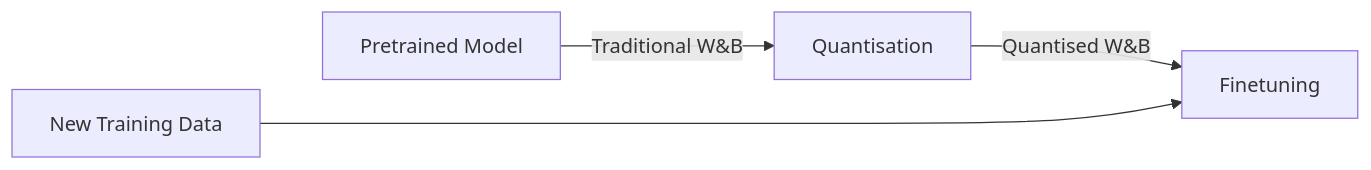
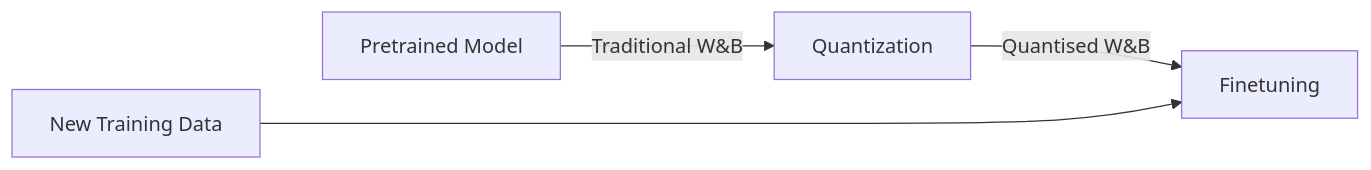
The fifth of 6 diagrams in README.md (CharanSaiVaddi23/LLM-Finetuning), drawn with Mermaid before and after one commit. The commit also changed other lines of this file, not shown here.

````diff
--- a/README.md
+++ b/README.md
@@ -56,5 +56,5 @@
 ```mermaid
 graph LR
-a3[Pretrained Model]-- Traditional W&B -->b3[Quantisation]-- Quantised W&B -->c3[Finetuning]
+a3[Pretrained Model]-- Traditional W&B -->b3[Quantization]-- Quantised W&B -->c3[Finetuning]
 d3[New Training Data]---->c3
 ```
````
